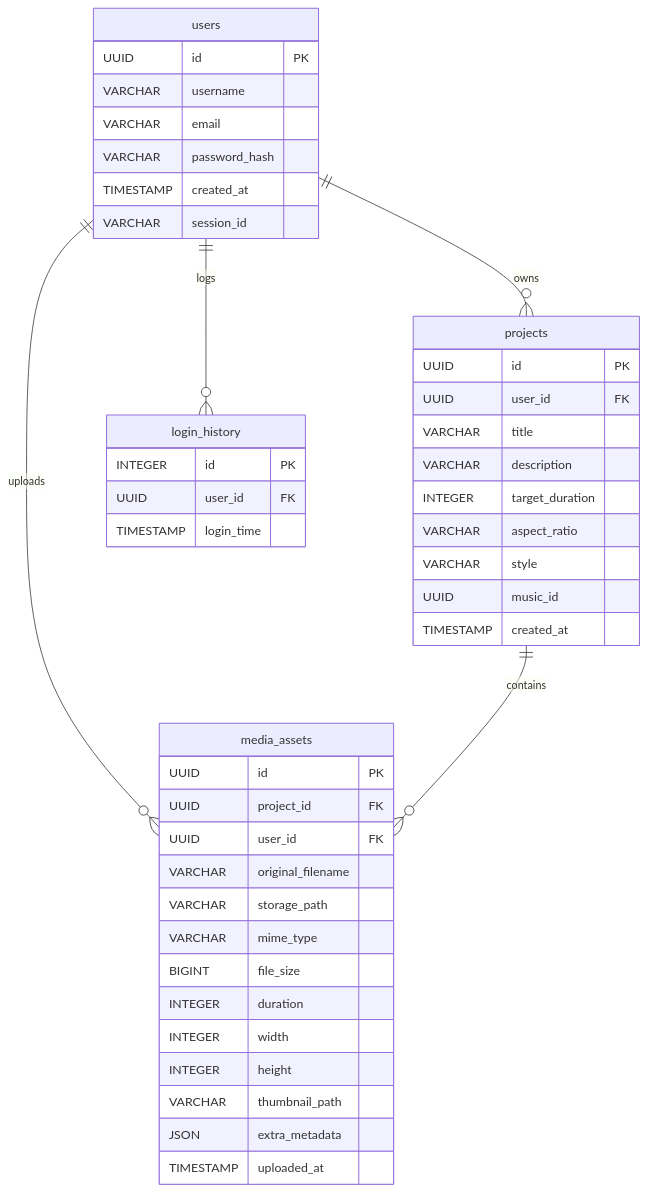
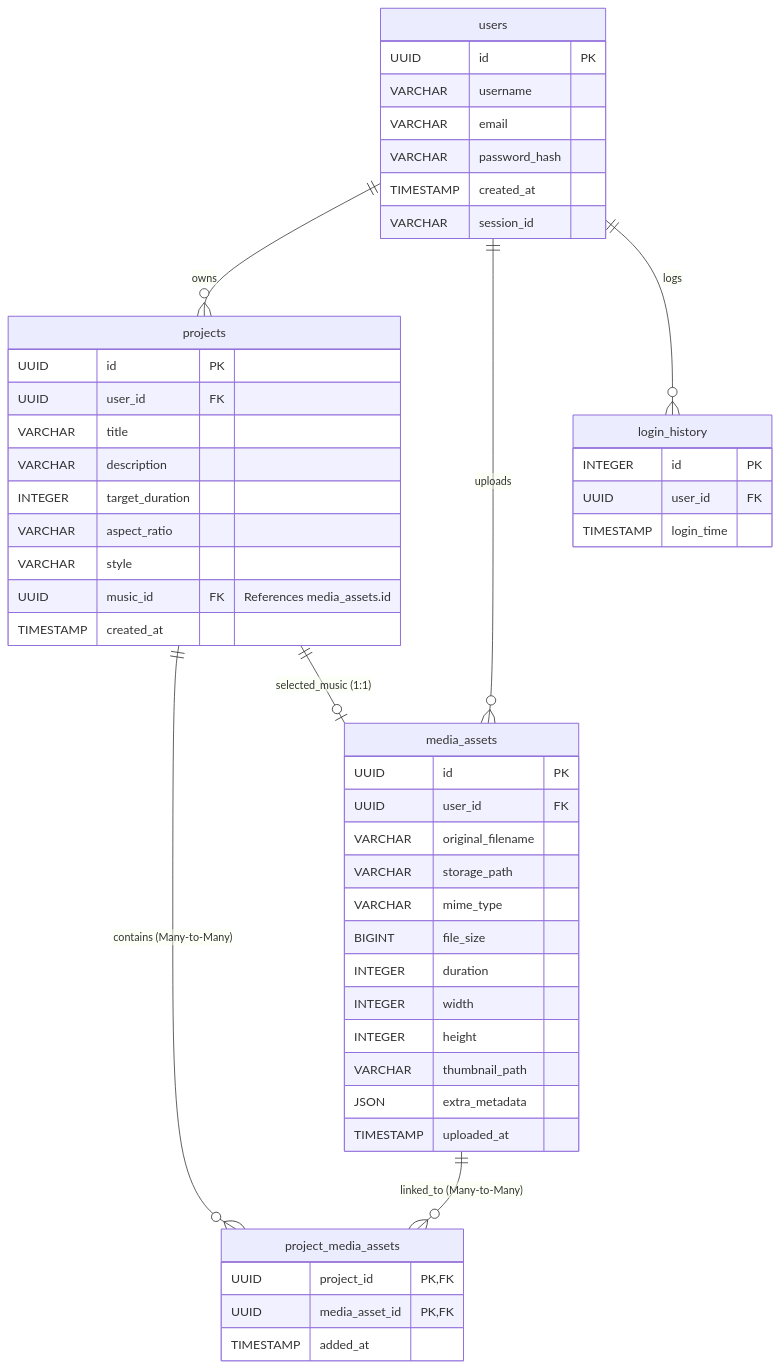
The third of 3 diagrams in README.md (abrarshahh/Shortify_BE), drawn with Mermaid before and after one commit. The commit also changed other lines of this file and 12 other files, not shown here.

Commit message:
refactor: restructure backend architecture and asset management logic

````diff
--- a/README.md
+++ b/README.md
@@ -325,50 +313,57 @@
 ```mermaid
 erDiagram
     users {
         UUID id PK
         VARCHAR username
         VARCHAR email
         VARCHAR password_hash
         TIMESTAMP created_at
         VARCHAR session_id
     }
 
     projects {
         UUID id PK
         UUID user_id FK
         VARCHAR title
         VARCHAR description
         INTEGER target_duration
         VARCHAR aspect_ratio
         VARCHAR style
-        UUID music_id
+        UUID music_id FK "References media_assets.id"
         TIMESTAMP created_at
     }
 
     media_assets {
         UUID id PK
-        UUID project_id FK
         UUID user_id FK
         VARCHAR original_filename
         VARCHAR storage_path
         VARCHAR mime_type
         BIGINT file_size
         INTEGER duration
         INTEGER width
         INTEGER height
         VARCHAR thumbnail_path
         JSON extra_metadata
         TIMESTAMP uploaded_at
     }
 
+    project_media_assets {
+        UUID project_id PK, FK
+        UUID media_asset_id PK, FK
+        TIMESTAMP added_at
+    }
+
     login_history {
         INTEGER id PK
         UUID user_id FK
         TIMESTAMP login_time
     }
 
     users ||--o{ projects : "owns"
     users ||--o{ media_assets : "uploads"
     users ||--o{ login_history : "logs"
-    projects ||--o{ media_assets : "contains"
+    projects ||--o{ project_media_assets : "contains (Many-to-Many)"
+    media_assets ||--o{ project_media_assets : "linked_to (Many-to-Many)"
+    projects ||--o| media_assets : "selected_music (1:1)"
 ```
````
